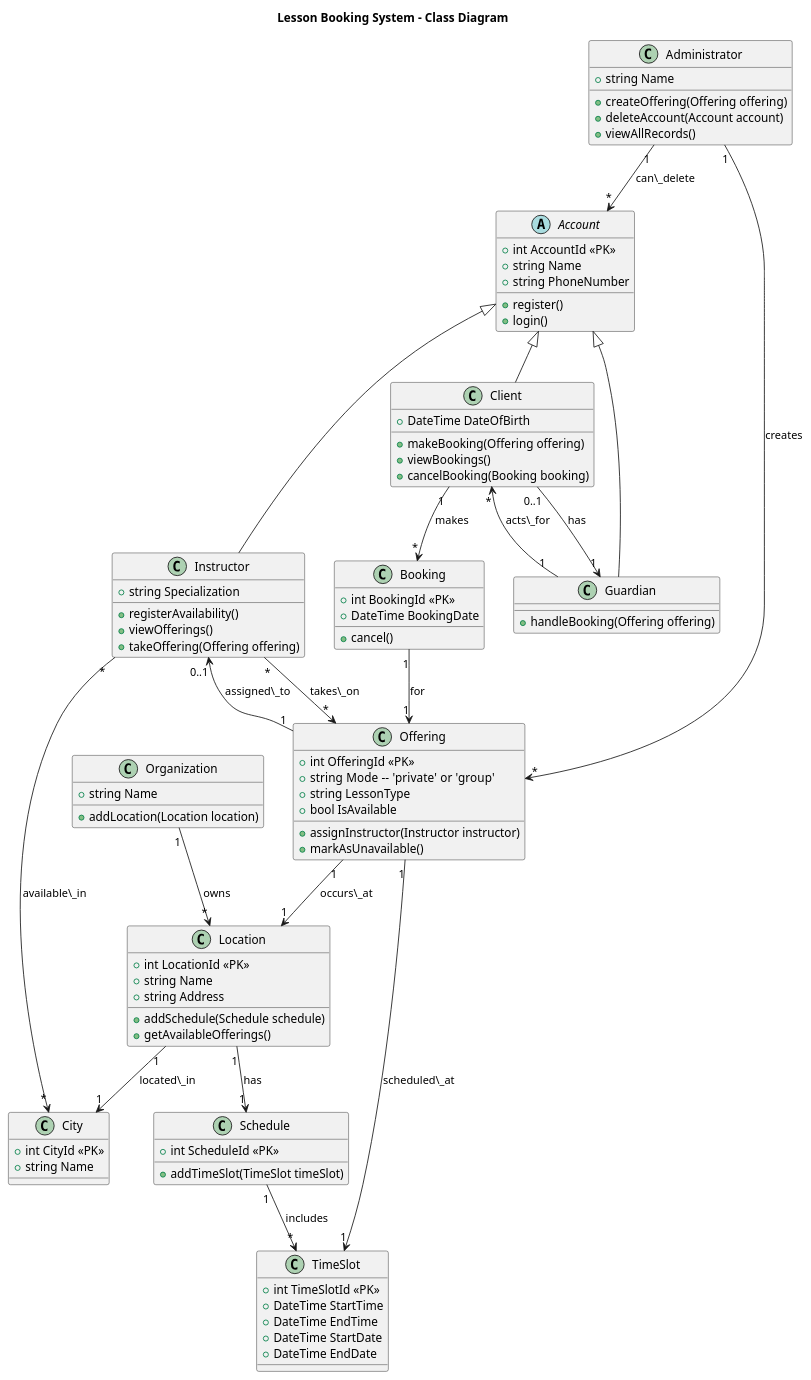
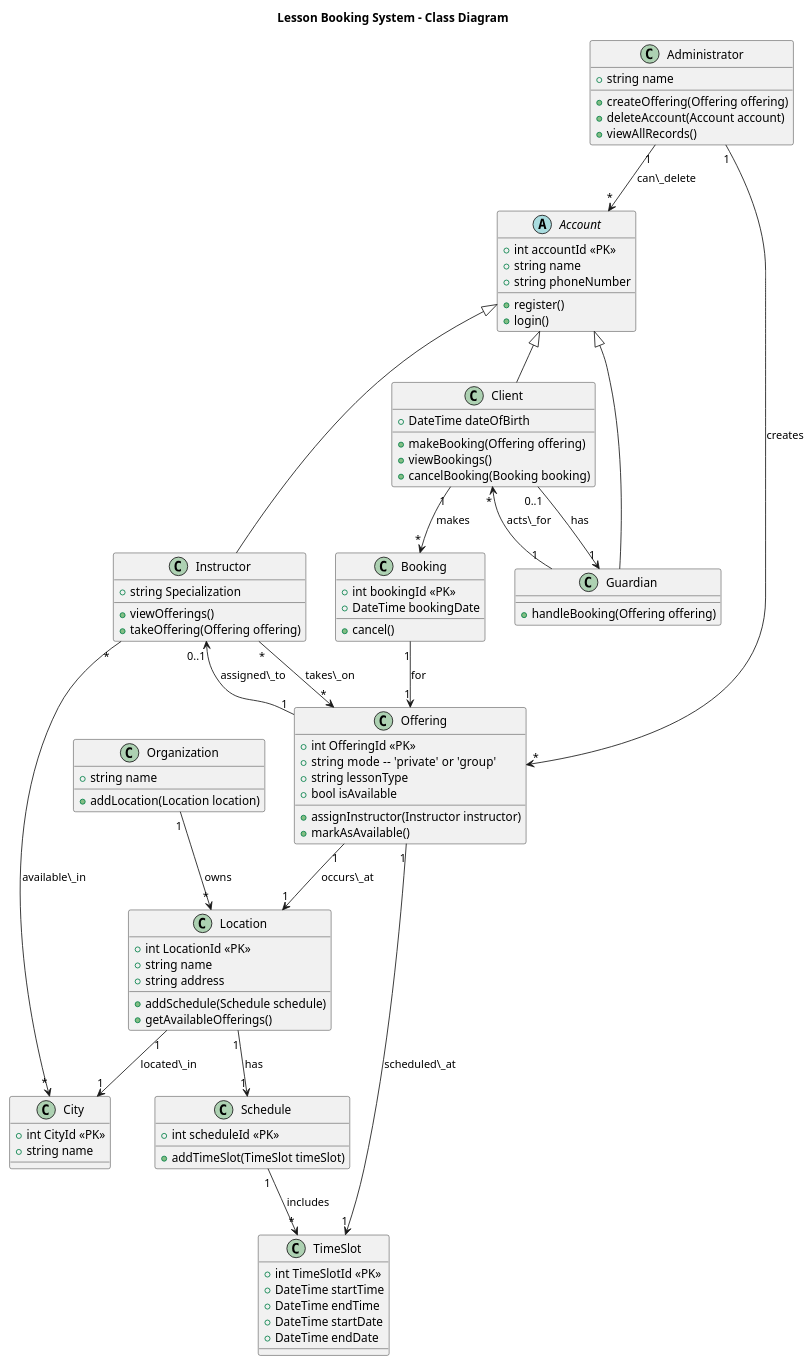
One commit to FrancoDominguez/SOEN342-project changed the diagram in documentation/ClassDiagram.puml. Above: the diagram before and after it, drawn with PlantUML. The commit also changed 11 other files, not shown here.

Commit message:
fixed class diagram

```diff
--- a/documentation/ClassDiagram.puml
+++ b/documentation/ClassDiagram.puml
@@ -1,119 +1,118 @@
 @startuml ClassDiagram
 
 title Lesson Booking System - Class Diagram
 
 class Organization {
-  + string Name
+  + string name
   + addLocation(Location location)
 }
 
 class City {
   + int CityId <<PK>>
-  + string Name
+  + string name
 }
 
 class Location {
   + int LocationId <<PK>>
-  + string Name
-  + string Address
+  + string name
+  + string address
   + addSchedule(Schedule schedule)
   + getAvailableOfferings()
 }
 
 class Schedule {
-  + int ScheduleId <<PK>>
+  + int scheduleId <<PK>>
   + addTimeSlot(TimeSlot timeSlot)
 }
 
 class TimeSlot {
   + int TimeSlotId <<PK>>
-  + DateTime StartTime
-  + DateTime EndTime
-  + DateTime StartDate
-  + DateTime EndDate
+  + DateTime startTime
+  + DateTime endTime
+  + DateTime startDate
+  + DateTime endDate
 }
 
 abstract class Account {
-  + int AccountId <<PK>>
-  + string Name
-  + string PhoneNumber
+  + int accountId <<PK>>
+  + string name
+  + string phoneNumber
   + register()
   + login()
 }
 
 class Instructor {
   + string Specialization
-  + registerAvailability()
   + viewOfferings()
   + takeOffering(Offering offering)
 }
 
 class Offering {
   + int OfferingId <<PK>>
-  + string Mode  -- 'private' or 'group'
-  + string LessonType
-  + bool IsAvailable
+  + string mode  -- 'private' or 'group'
+  + string lessonType
+  + bool isAvailable
   + assignInstructor(Instructor instructor)
-  + markAsUnavailable()
+  + markAsAvailable()
 }
 
 class Client {
-  + DateTime DateOfBirth
+  + DateTime dateOfBirth
   + makeBooking(Offering offering)
   + viewBookings()
   + cancelBooking(Booking booking)
 }
 
 class Guardian {
   + handleBooking(Offering offering)
 }
 
 class Administrator {
-  + string Name
+  + string name
   + createOffering(Offering offering)
   + deleteAccount(Account account)
   + viewAllRecords()
 }
 
 
 class Booking {
-  + int BookingId <<PK>>
-  + DateTime BookingDate
+  + int bookingId <<PK>>
+  + DateTime bookingDate
   + cancel()
 }
 
 Account <|-- Instructor
 Account <|-- Client
 Account <|-- Guardian
 
 Organization "1" --> "*" Location : owns
 
 Location "1" --> "1" Schedule : has
 
 Schedule "1" --> "*" TimeSlot : includes
 
 Location "1" --> "1" City : located\_in
 
 Instructor "*" --> "*" City : available\_in
 
 Instructor "*" --> "*" Offering : takes\_on
 
 Offering "1" --> "0..1" Instructor : assigned\_to
 
 Offering "1" --> "1" Location : occurs\_at
 
 Offering "1" --> "1" TimeSlot : scheduled\_at
 
 Client "1" --> "*" Booking : makes
 
 Booking "1" --> "1" Offering : for
 
 Client "0..1" --> "1" Guardian : has
 
 Guardian "1" --> "*" Client : acts\_for
 
 Administrator "1" --> "*" Offering : creates
 
 Administrator "1" --> "*" Account : can\_delete
 
 @enduml
```
